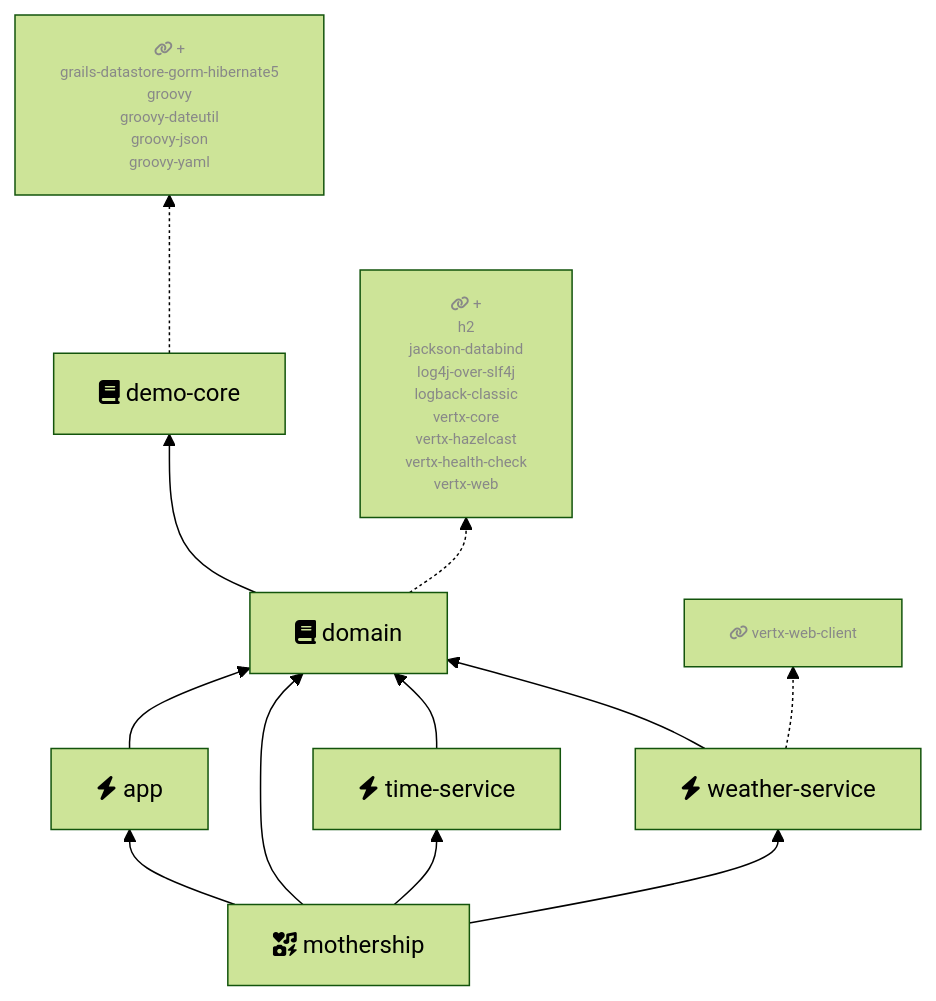
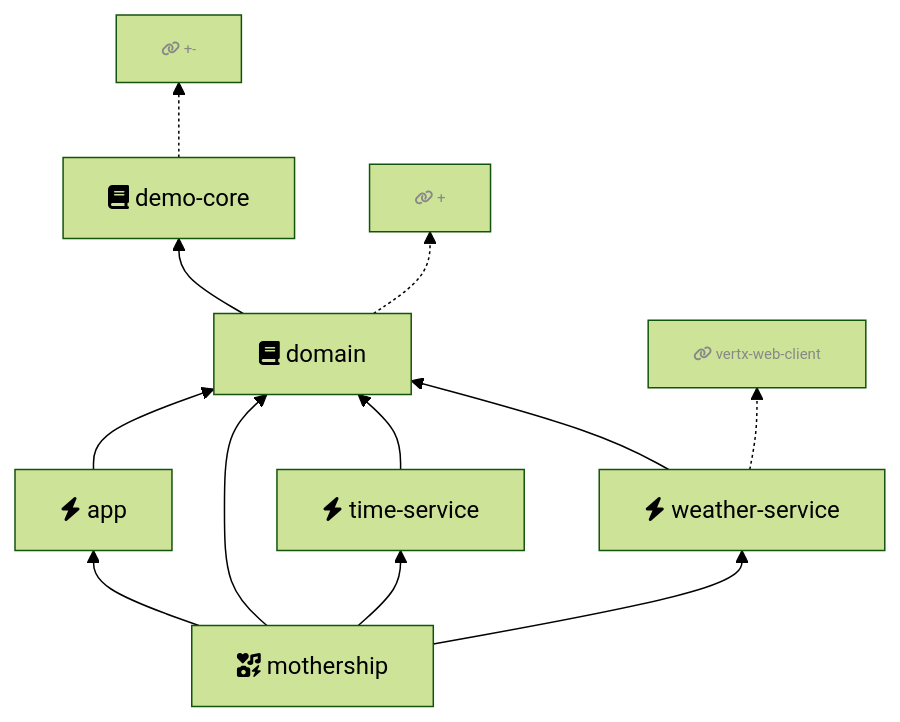
Before and after one commit to injecteer/vx-demo: the second of 2 diagrams in README.md, drawn with Mermaid (forest theme).

````diff
--- a/README.md
+++ b/README.md
@@ -11,38 +11,25 @@
 ```mermaid
 
 flowchart BT;
 classDef ext font-size:x-small, color:#888;
 app[fas:fa-bolt app];
-demo-core-ext[fas:fa-link +
-grails-datastore-gorm-hibernate5
-groovy
-groovy-dateutil
-groovy-json
-groovy-yaml]:::ext;
+demo-core-ext[fas:fa-link +-]:::ext;
 demo-core[fas:fa-book demo-core];
-domain-ext[fas:fa-link +
-h2
-jackson-databind
-log4j-over-slf4j
-logback-classic
-vertx-core
-vertx-hazelcast
-vertx-health-check
-vertx-web]:::ext;
+domain-ext[fas:fa-link +]:::ext;
 domain[fas:fa-book domain];
 mothership[fas:fa-icons mothership];
 time-service[fas:fa-bolt time-service];
 weather-service-ext[fas:fa-link vertx-web-client]:::ext;
 weather-service[fas:fa-bolt weather-service];
 app --> domain;
 demo-core .-> demo-core-ext;
 domain --> demo-core;
 domain .-> domain-ext;
 mothership --> domain;
 mothership --> app;
 mothership --> time-service;
 mothership --> weather-service;
 time-service --> domain;
 weather-service --> domain;
 weather-service .-> weather-service-ext;
 ```
````
